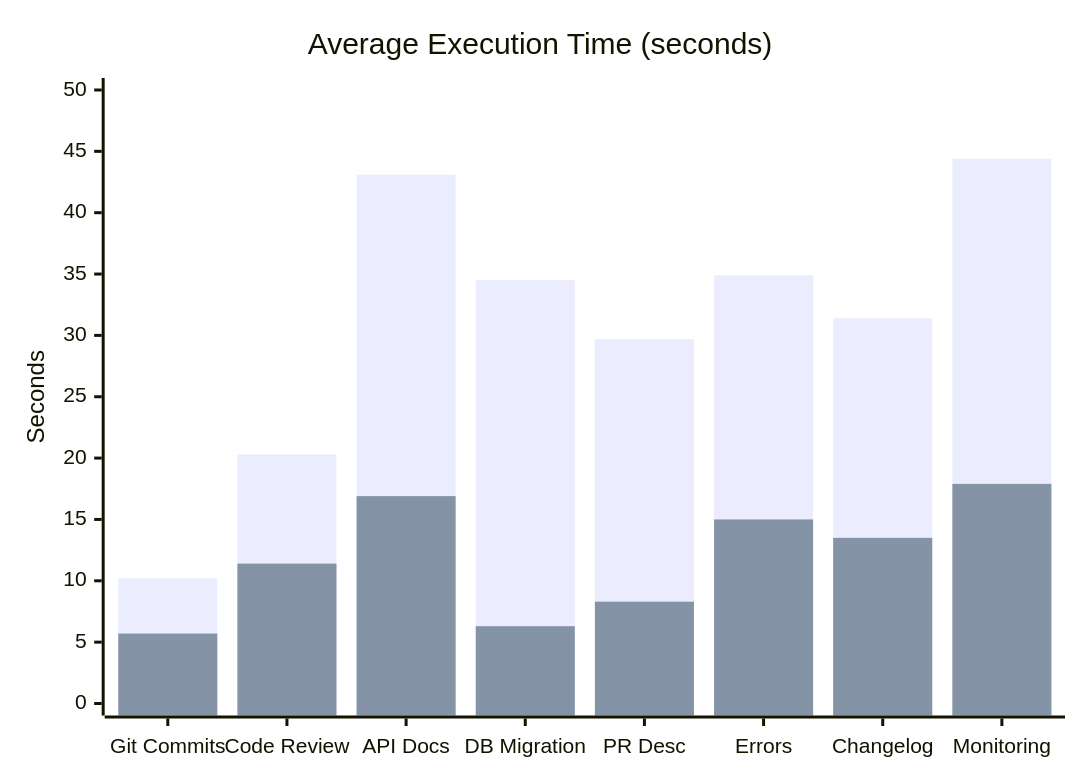
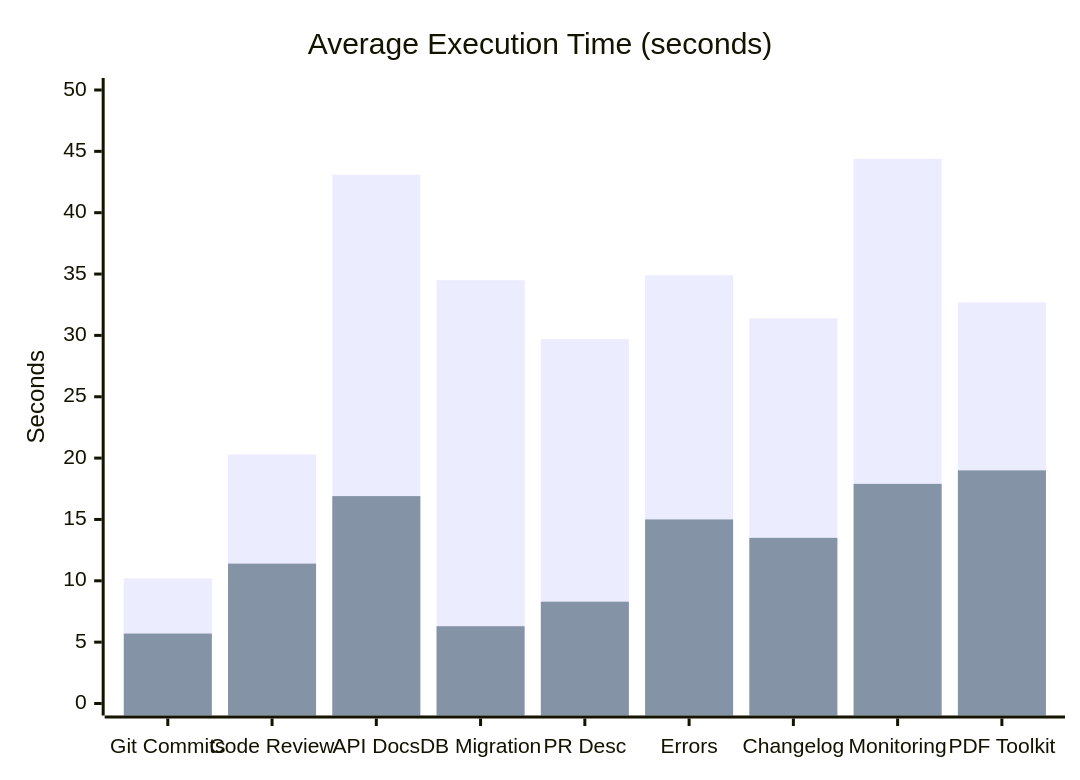
One commit to accolver/skill-maker changed the third of 3 diagrams in examples/README.md. Above: the diagram before and after it, drawn with Mermaid. The commit also changed other lines of this file and 5044 other files, not shown here.

First line of the commit message:
feat: add pdf-toolkit example skill with eval-loop benchmarks

````diff
--- a/examples/README.md
+++ b/examples/README.md
@@ -83,8 +87,8 @@
 ```mermaid
 xychart-beta
     title "Average Execution Time (seconds)"
-    x-axis ["Git Commits", "Code Review", "API Docs", "DB Migration", "PR Desc", "Errors", "Changelog", "Monitoring"]
+    x-axis ["Git Commits", "Code Review", "API Docs", "DB Migration", "PR Desc", "Errors", "Changelog", "Monitoring", "PDF Toolkit"]
     y-axis "Seconds" 0 --> 50
-    bar [10.2, 20.3, 43.1, 34.5, 29.7, 34.9, 31.4, 44.4]
-    bar [5.7, 11.4, 16.9, 6.3, 8.3, 15.0, 13.5, 17.9]
+    bar [10.2, 20.3, 43.1, 34.5, 29.7, 34.9, 31.4, 44.4, 32.7]
+    bar [5.7, 11.4, 16.9, 6.3, 8.3, 15.0, 13.5, 17.9, 19.0]
 ```
````
